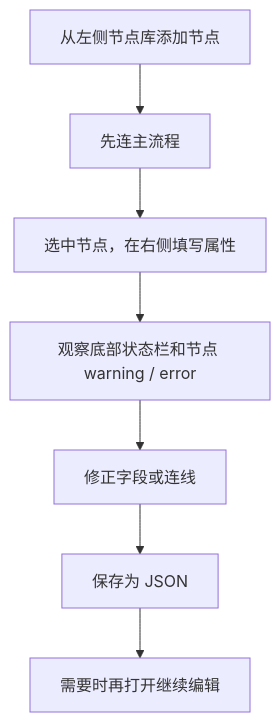
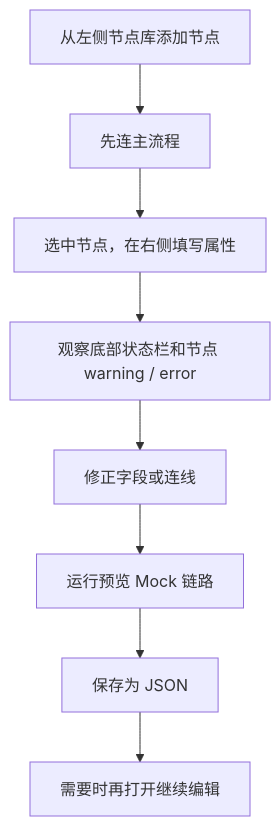
The diagram in ai-workflow-editor/docs/user-guide.md (gitzhangky/ai-workflow-editor), drawn with Mermaid before and after one commit. The commit also changed other lines of this file and 16 other files, not shown here.

````diff
--- a/ai-workflow-editor/docs/user-guide.md
+++ b/ai-workflow-editor/docs/user-guide.md
@@ -511,9 +558,10 @@
 ```mermaid
 flowchart TD
     A["从左侧节点库添加节点"] --> B["先连主流程"]
     B --> C["选中节点，在右侧填写属性"]
     C --> D["观察底部状态栏和节点 warning / error"]
     D --> E["修正字段或连线"]
-    E --> F["保存为 JSON"]
-    F --> G["需要时再打开继续编辑"]
+    E --> F["运行预览 Mock 链路"]
+    F --> G["保存为 JSON"]
+    G --> H["需要时再打开继续编辑"]
 ```
````
